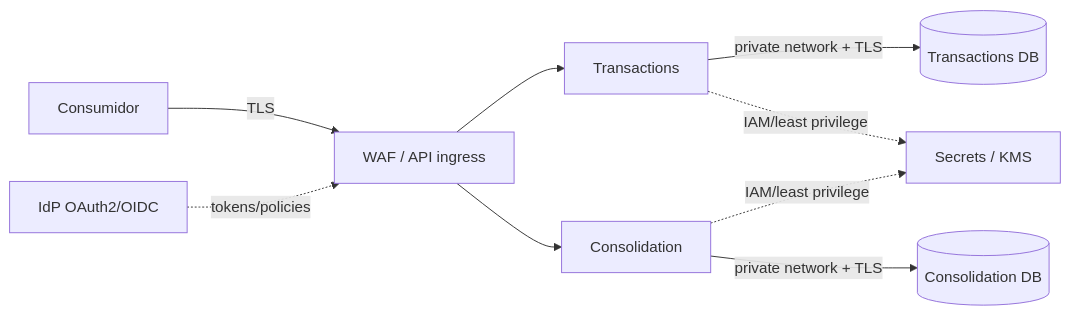
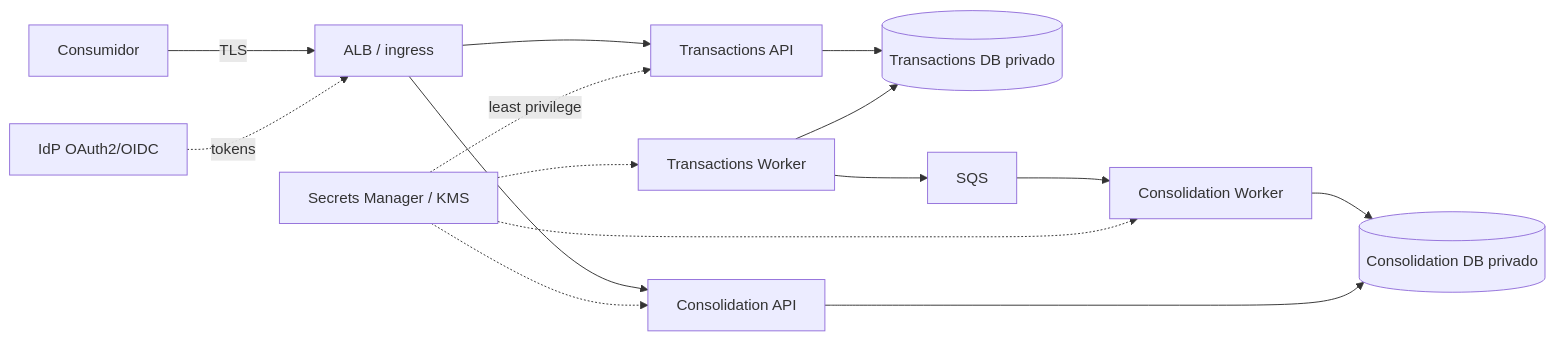
The diagram in docs/04-views/Security-Resilience-Observability.md (ThiagoFerraciolli/cash-flow-architecture), drawn with Mermaid before and after one commit. The commit also changed other lines of this file, not shown here.

Commit message:
docs: alinha seguranca resiliencia e observabilidade a SQS

````diff
--- a/docs/04-views/Security-Resilience-Observability.md
+++ b/docs/04-views/Security-Resilience-Observability.md
@@ -17,11 +13,17 @@
 ```mermaid
 flowchart LR
-    U[Consumidor] -->|TLS| EDGE[WAF / API ingress]
-    EDGE --> T[Transactions]
-    EDGE --> C[Consolidation]
-    IDP[IdP OAuth2/OIDC] -. tokens/policies .-> EDGE
-    T -->|private network + TLS| TDB[(Transactions DB)]
-    C -->|private network + TLS| CDB[(Consolidation DB)]
-    T -. IAM/least privilege .-> SEC[Secrets / KMS]
-    C -. IAM/least privilege .-> SEC
+    U[Consumidor] -->|TLS| ALB[ALB / ingress]
+    ALB --> TA[Transactions API]
+    ALB --> CA[Consolidation API]
+    IDP[IdP OAuth2/OIDC] -. tokens .-> ALB
+    TA --> TDB[(Transactions DB privado)]
+    TW[Transactions Worker] --> TDB
+    TW --> Q[SQS]
+    Q --> CW[Consolidation Worker]
+    CW --> CDB[(Consolidation DB privado)]
+    CA --> CDB
+    SEC[Secrets Manager / KMS] -. least privilege .-> TA
+    SEC -.-> TW
+    SEC -.-> CA
+    SEC -.-> CW
 ```
````
